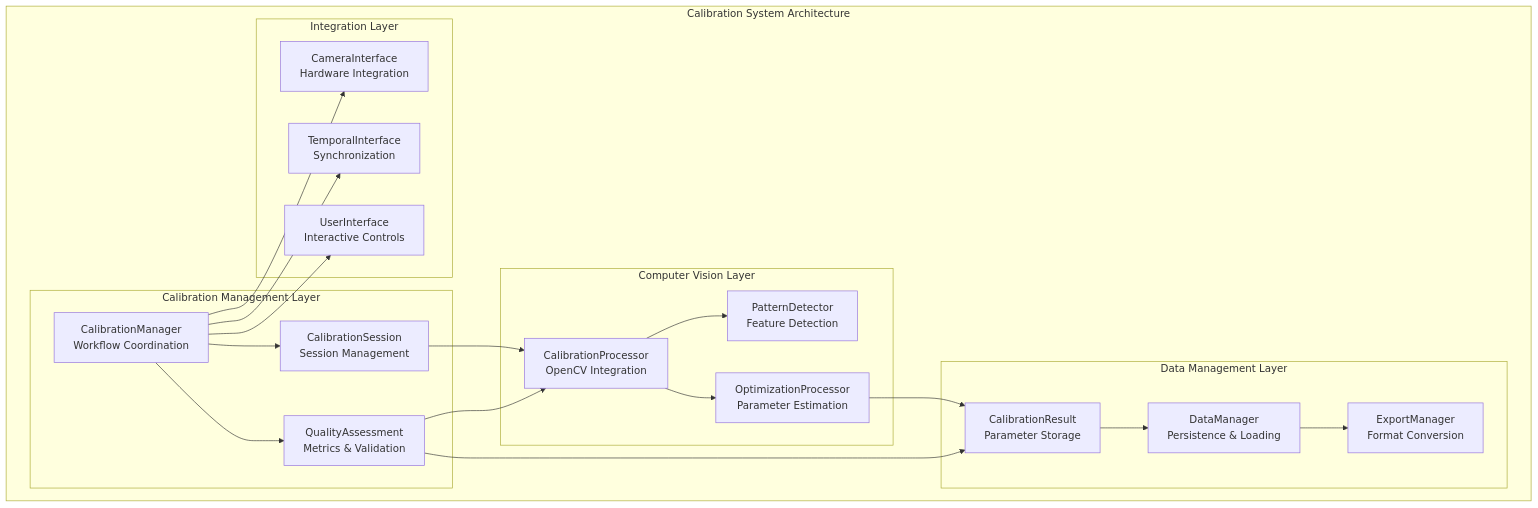
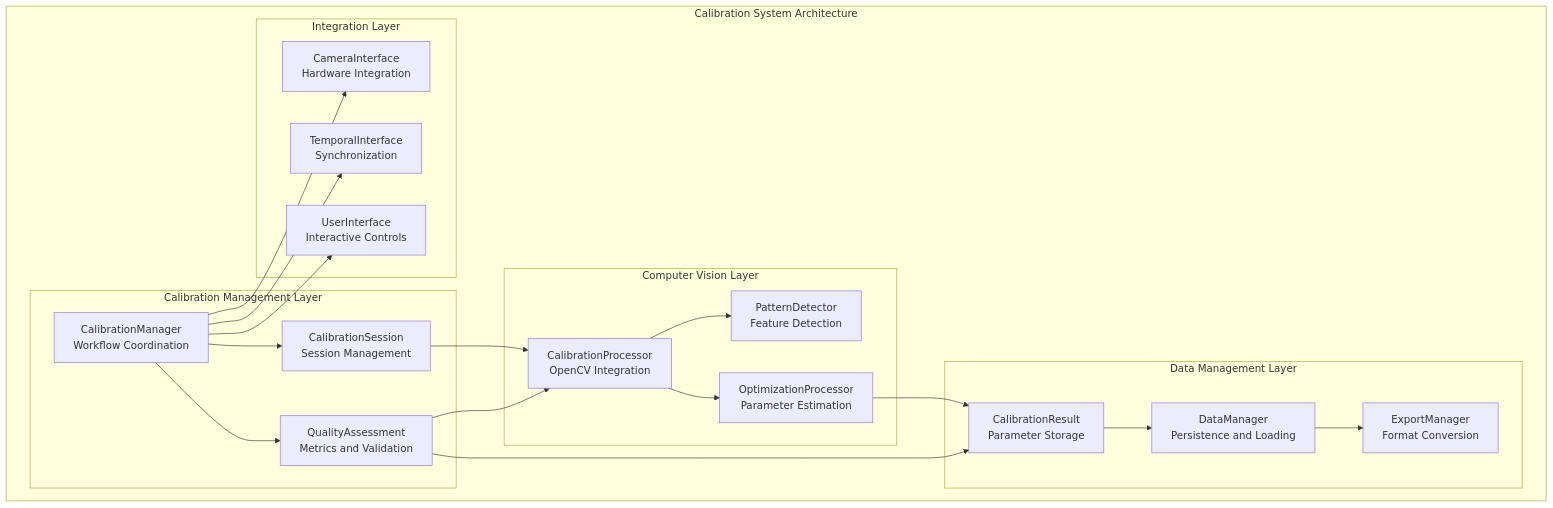
Before and after one commit to buccancs/fyp-multi-sensor-recording-system: the diagram in docs/calibration_system_readme.md, drawn with Mermaid. The commit also changed 2 other files, not shown here.

Commit message:
Complete replacement of & with and in MERMAID diagrams and README files

````diff
--- a/docs/calibration_system_readme.md
+++ b/docs/calibration_system_readme.md
@@ -61,45 +61,45 @@
 ```mermaid
 graph TB
     subgraph "Calibration System Architecture"
         subgraph "Calibration Management Layer"
             CM[CalibrationManager<br/>Workflow Coordination]
             CS[CalibrationSession<br/>Session Management]
-            QA[QualityAssessment<br/>Metrics & Validation]
+            QA[QualityAssessment<br/>Metrics and Validation]
         end
         
         subgraph "Computer Vision Layer"
             CP[CalibrationProcessor<br/>OpenCV Integration]
             PD[PatternDetector<br/>Feature Detection]
             OP[OptimizationProcessor<br/>Parameter Estimation]
         end
         
         subgraph "Data Management Layer"
             CR[CalibrationResult<br/>Parameter Storage]
-            DM[DataManager<br/>Persistence & Loading]
+            DM[DataManager<br/>Persistence and Loading]
             EM[ExportManager<br/>Format Conversion]
         end
         
         subgraph "Integration Layer"
             CI[CameraInterface<br/>Hardware Integration]
             TI[TemporalInterface<br/>Synchronization]
             UI[UserInterface<br/>Interactive Controls]
         end
     end
     
     CM --> CS
     CM --> QA
     CS --> CP
     CP --> PD
     CP --> OP
     
     OP --> CR
     CR --> DM
     DM --> EM
     
     CM --> CI
     CM --> TI
     CM --> UI
     
     QA --> CP
     QA --> CR
 ```
````
